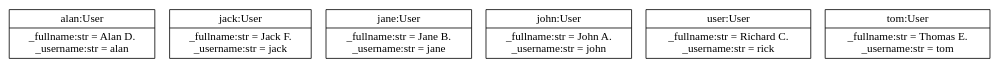
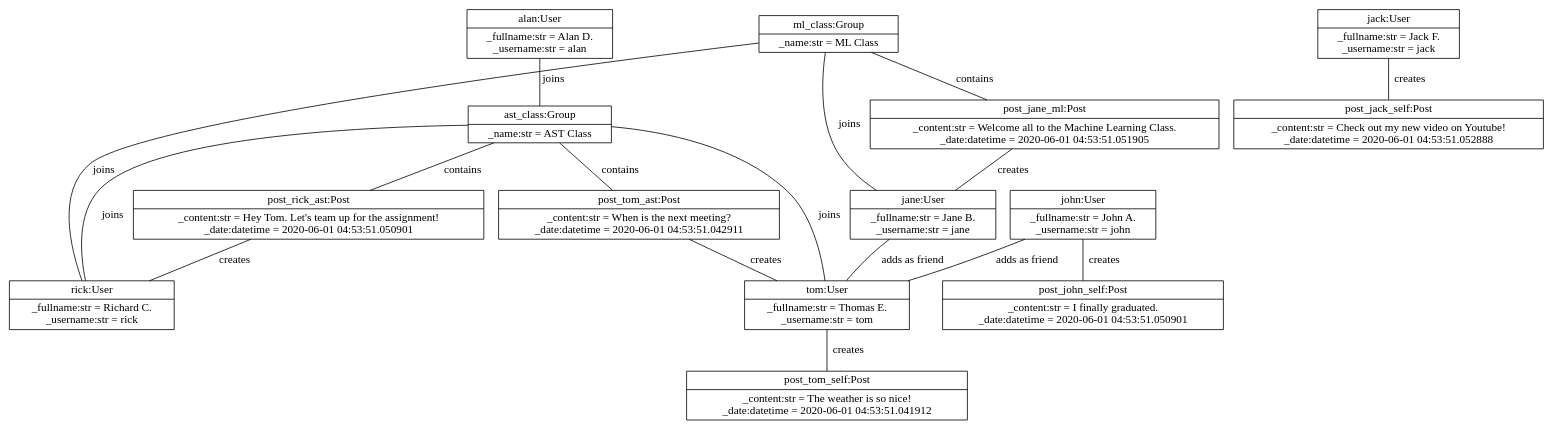
The diagram in documentation/diagram.gv (nlhlong01/cli-facebook), drawn with Graphviz before and after one commit. The commit also changed 9 other files, not shown here.

```diff
--- a/documentation/diagram.gv
+++ b/documentation/diagram.gv
@@ -1,10 +1,43 @@
-digraph "Facebook Object Diagram" {
+strict graph "Facebook Object Diagram" {
 	node [shape=record]
-	62253544 [label="{alan:User | _fullname:str = Alan D.\n_username:str = alan\n}"]
-	71592328 [label="{jack:User | _fullname:str = Jack F.\n_username:str = jack\n}"]
-	62253016 [label="{jane:User | _fullname:str = Jane B.\n_username:str = jane\n}"]
-	62253640 [label="{john:User | _fullname:str = John A.\n_username:str = john\n}"]
-	62253160 [label="{rick:User | _fullname:str = Richard C.\n_username:str = rick\n}"]
-	62253568 [label="{tom:User | _fullname:str = Thomas E.\n_username:str = tom\n}"]
-	62253160 [label="{user:User | _fullname:str = Richard C.\n_username:str = rick\n}"]
+	58906704 [label="{alan:User | _fullname:str = Alan D.\n_username:str = alan\n}"]
+	68246184 [label="{ast_class:Group | _name:str = AST Class\n}"]
+	68246136 [label="{jack:User | _fullname:str = Jack F.\n_username:str = jack\n}"]
+	58907280 [label="{jane:User | _fullname:str = Jane B.\n_username:str = jane\n}"]
+	58907424 [label="{john:User | _fullname:str = John A.\n_username:str = john\n}"]
+	68246232 [label="{ml_class:Group | _name:str = ML Class\n}"]
+	68246640 [label="{post_jack_self:Post | _content:str = Check out my new video on Youtube!\n_date:datetime = 2020-06-01 04:53:51.052888\n}"]
+	68246568 [label="{post_jane_ml:Post | _content:str = Welcome all to the Machine Learning Class.\n_date:datetime = 2020-06-01 04:53:51.051905\n}"]
+	68246424 [label="{post_john_self:Post | _content:str = I finally graduated.\n_date:datetime = 2020-06-01 04:53:51.050901\n}"]
+	68246496 [label="{post_rick_ast:Post | _content:str = Hey Tom. Let's team up for the assignment!\n_date:datetime = 2020-06-01 04:53:51.050901\n}"]
+	68246352 [label="{post_tom_ast:Post | _content:str = When is the next meeting?\n_date:datetime = 2020-06-01 04:53:51.042911\n}"]
+	68246280 [label="{post_tom_self:Post | _content:str = The weather is so nice!\n_date:datetime = 2020-06-01 04:53:51.041912\n}"]
+	58906728 [label="{rick:User | _fullname:str = Richard C.\n_username:str = rick\n}"]
+	58907400 [label="{tom:User | _fullname:str = Thomas E.\n_username:str = tom\n}"]
+	58906704 -- 68246184 [label=joins]
+	68246184 -- 58907400 [label=joins]
+	68246184 -- 58906704 [label=joins]
+	68246184 -- 58906728 [label=joins]
+	68246184 -- 68246352 [label=contains]
+	68246184 -- 68246496 [label=contains]
+	68246136 -- 68246640 [label=creates]
+	58907280 -- 58907400 [label="adds as friend"]
+	58907280 -- 68246232 [label=joins]
+	58907424 -- 58907400 [label="adds as friend"]
+	58907424 -- 68246424 [label=creates]
+	68246232 -- 58907280 [label=joins]
+	68246232 -- 58906728 [label=joins]
+	68246232 -- 68246568 [label=contains]
+	68246568 -- 68246232 [label=contains]
+	68246568 -- 58907280 [label=creates]
+	68246496 -- 68246184 [label=contains]
+	68246496 -- 58906728 [label=creates]
+	68246352 -- 68246184 [label=contains]
+	68246352 -- 58907400 [label=creates]
+	58906728 -- 68246184 [label=joins]
+	58906728 -- 68246232 [label=joins]
+	58907400 -- 58907424 [label="adds as friend"]
+	58907400 -- 58907280 [label="adds as friend"]
+	58907400 -- 68246184 [label=joins]
+	58907400 -- 68246280 [label=creates]
 }
```
